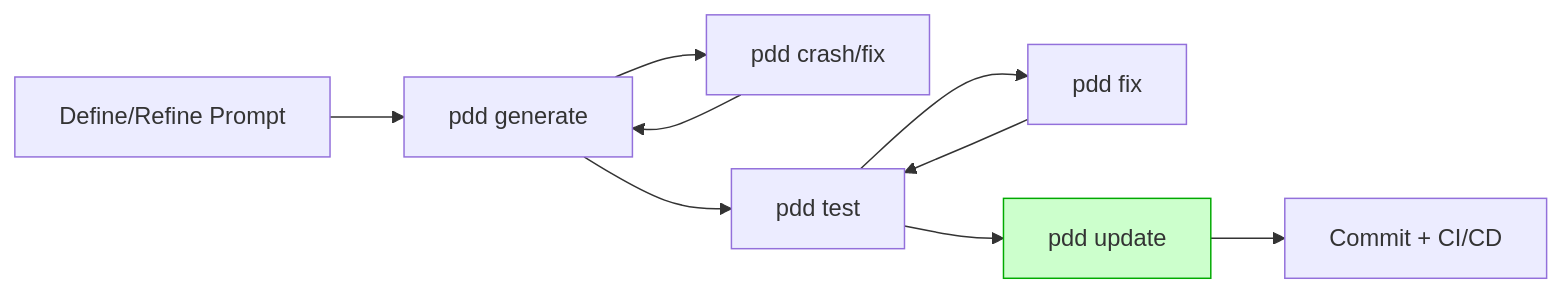
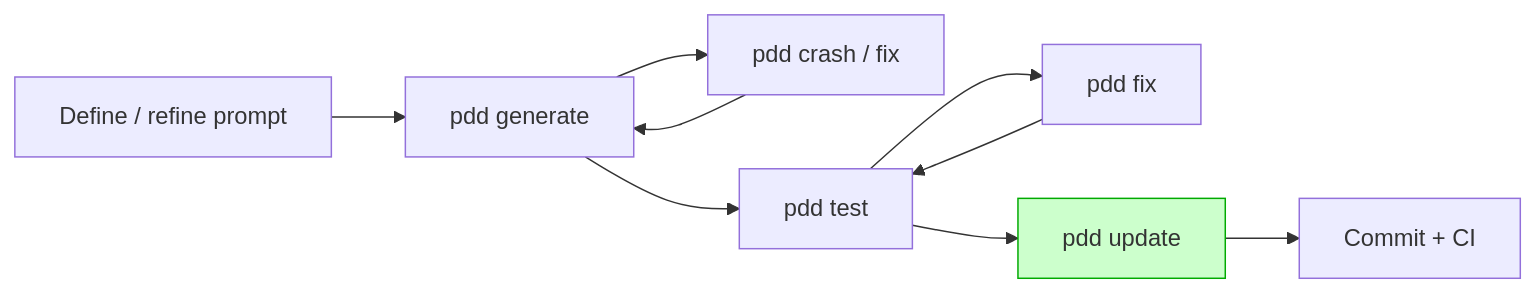
Before and after one commit to promptdriven/pdd: the diagram in docs/o3_whitepaper.md, drawn with Mermaid. The commit also changed other lines of this file and 3 other files, not shown here.

````diff
--- a/docs/o3_whitepaper.md
+++ b/docs/o3_whitepaper.md
@@ -130,10 +131,10 @@
 ```mermaid
 flowchart LR
-A[Define/Refine Prompt] --> B["`pdd generate`"]
-B --> C["`pdd crash/fix`"] --> B
-B --> D["`pdd test`"]
-D --> E["`pdd fix`"] --> D
-D --> F["`pdd update`"]:::sync
-F --> G[Commit + CI/CD]
+A[Define / refine prompt] --> B[pdd generate]
+B --> C[pdd crash / fix] --> B
+B --> D[pdd test]
+D --> E[pdd fix] --> D
+D --> F[pdd update]:::sync
+F --> G[Commit + CI]
 classDef sync fill:#ccffcc,stroke:#0a0;
 ```
````
